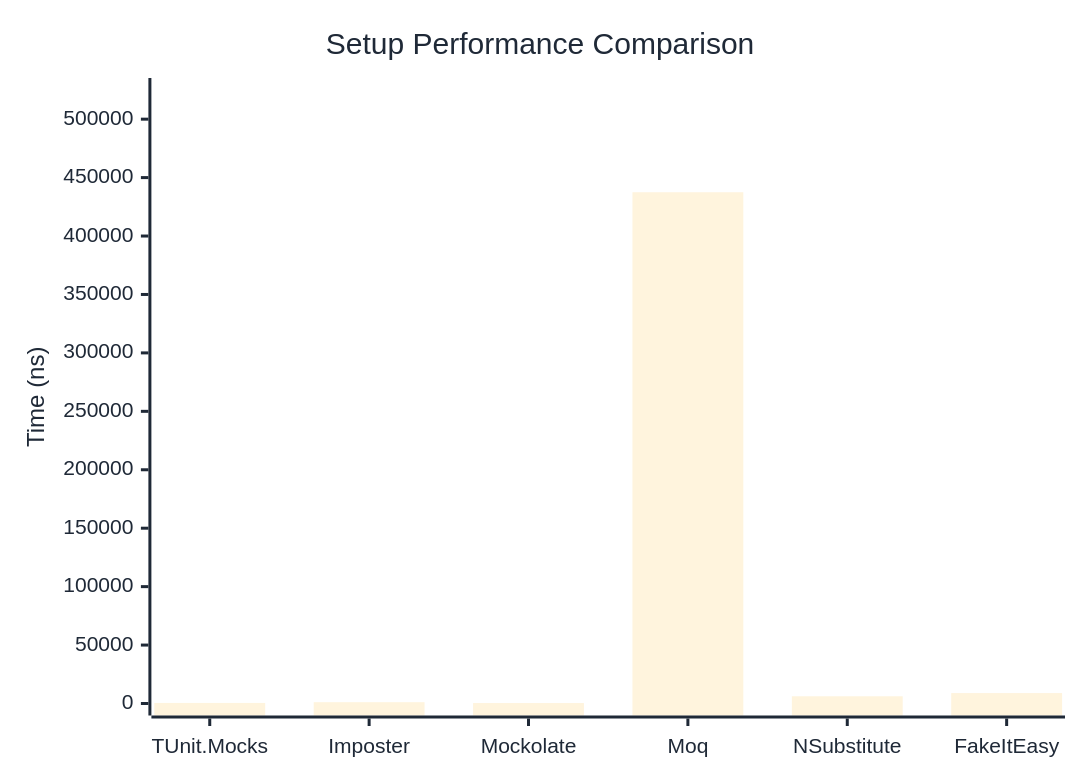
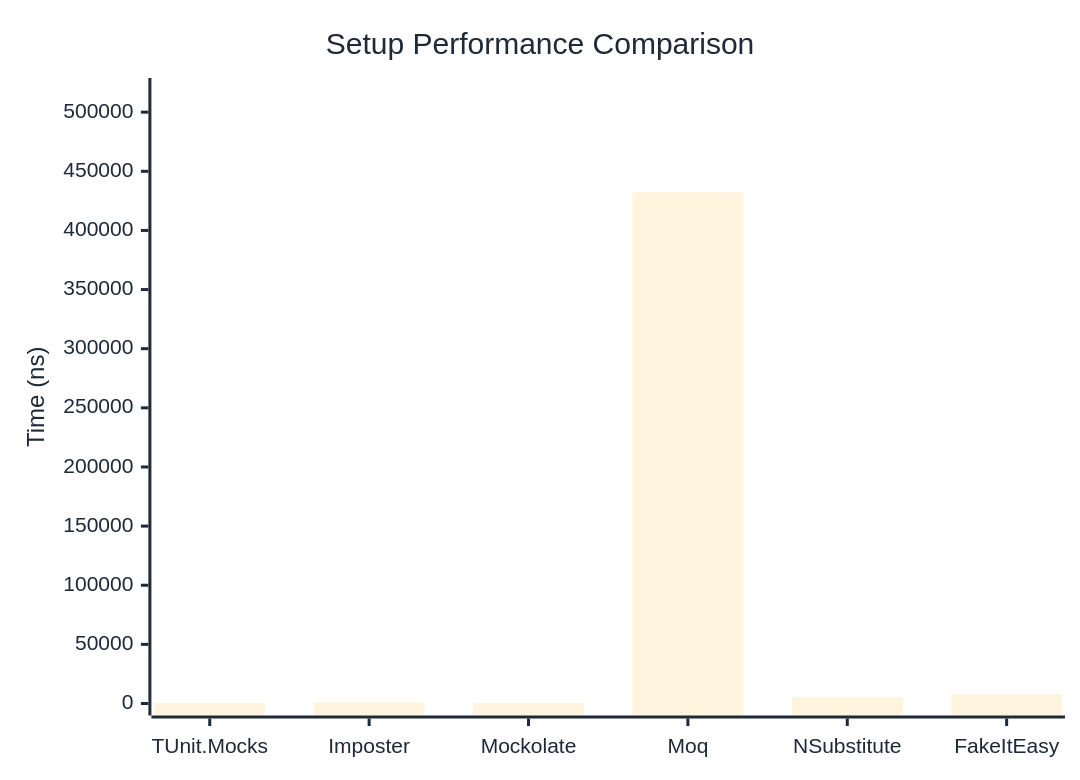
The first of 2 diagrams in docs/docs/benchmarks/mocks/Setup.md (thomhurst/TUnit), drawn with Mermaid before and after one commit. The commit also changed other lines of this file and 14 other files, not shown here.

````diff
--- a/docs/docs/benchmarks/mocks/Setup.md
+++ b/docs/docs/benchmarks/mocks/Setup.md
@@ -28,27 +28,27 @@
 ```mermaid
 %%{init: {
   'theme':'base',
   'themeVariables': {
     'primaryColor': '#2563eb',
     'primaryTextColor': '#1f2937',
     'primaryBorderColor': '#1e40af',
     'lineColor': '#6b7280',
     'secondaryColor': '#7c3aed',
     'tertiaryColor': '#dc2626',
     'background': '#ffffff',
     'pie1': '#2563eb',
     'pie2': '#7c3aed',
     'pie3': '#dc2626',
     'pie4': '#f59e0b',
     'pie5': '#10b981',
     'pie6': '#06b6d4',
     'pie7': '#ec4899',
     'pie8': '#6366f1'
   }
 }}%%
 xychart-beta
   title "Setup Performance Comparison"
   x-axis ["TUnit.Mocks", "Imposter", "Mockolate", "Moq", "NSubstitute", "FakeItEasy"]
-  y-axis "Time (ns)" 0 --> 524955
-  bar [483.4, 1109.2, 397.3, 437461.8, 6176.5, 8924.4]
+  y-axis "Time (ns)" 0 --> 518739
+  bar [427.3, 802.7, 343.8, 432282.5, 5508.7, 8074.3]
 ```
````
